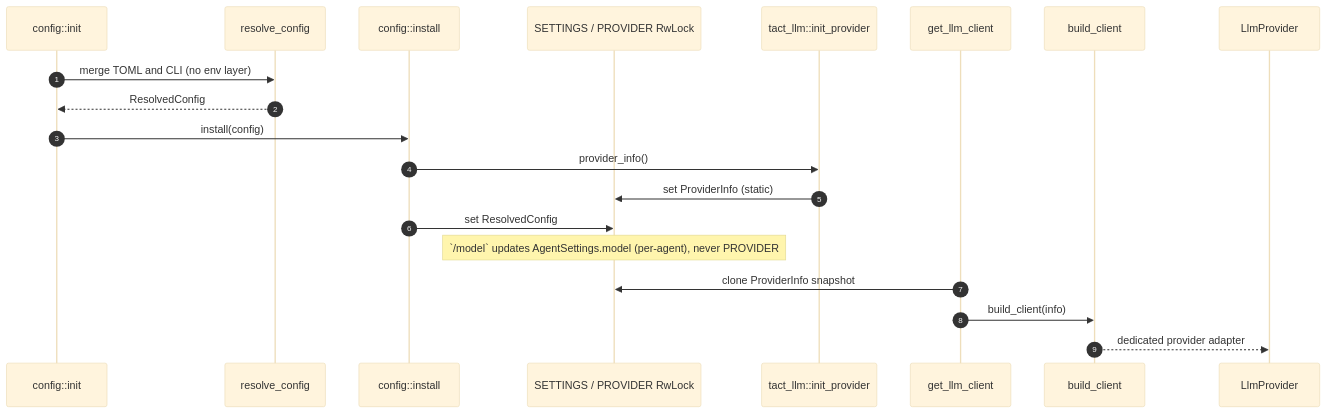
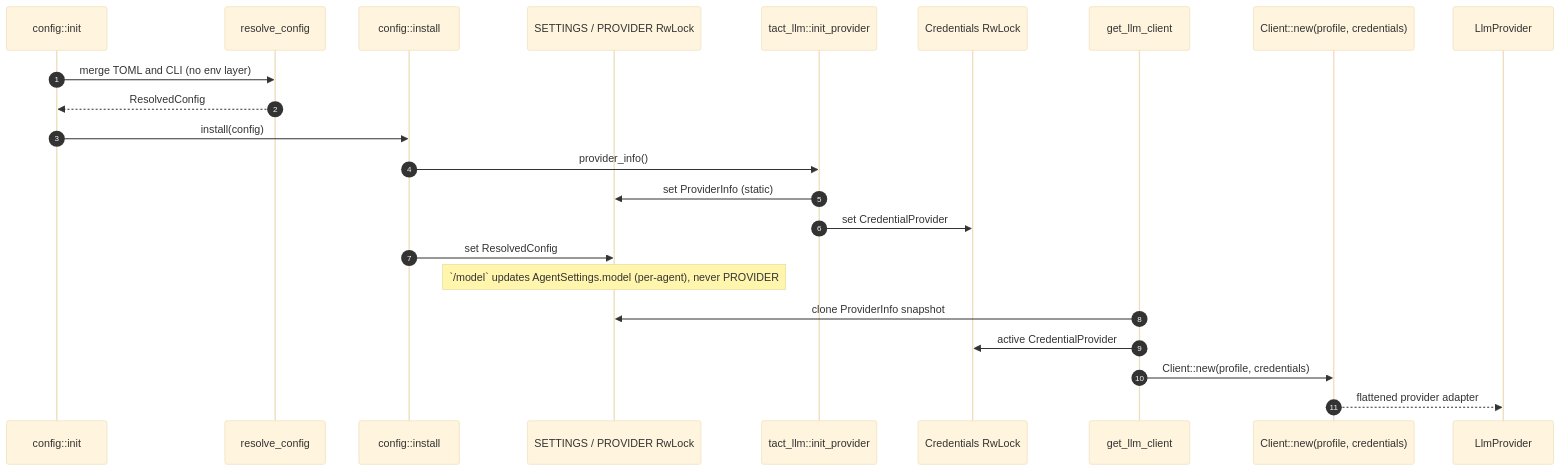
One commit to rust-infra/tact changed the second of 5 diagrams in book/22_chapter_llm.md. Above: the diagram before and after it, drawn with Mermaid (base theme). The commit also changed other lines of this file and 344 other files, not shown here.

````diff
--- a/book/22_chapter_llm.md
+++ b/book/22_chapter_llm.md
@@ -100,23 +131,26 @@
 ```mermaid
 sequenceDiagram
     autonumber
     participant Init as config::init
     participant Resolve as resolve_config
     participant Install as config::install
     participant State as SETTINGS / PROVIDER RwLock
     participant LlmInit as tact_llm::init_provider
+    participant Cred as Credentials RwLock
     participant Get as get_llm_client
-    participant Build as build_client
+    participant Build as Client::new(profile, credentials)
     participant Provider as LlmProvider
 
     Init->>Resolve: merge TOML and CLI (no env layer)
     Resolve-->>Init: ResolvedConfig
     Init->>Install: install(config)
     Install->>LlmInit: provider_info()
     LlmInit->>State: set ProviderInfo (static)
+    LlmInit->>Cred: set CredentialProvider
     Install->>State: set ResolvedConfig
     Note over State: `/model` updates AgentSettings.model (per-agent), never PROVIDER
     Get->>State: clone ProviderInfo snapshot
-    Get->>Build: build_client(info)
-    Build-->>Provider: dedicated provider adapter
+    Get->>Cred: active CredentialProvider
+    Get->>Build: Client::new(profile, credentials)
+    Build-->>Provider: flattened provider adapter
 ```
````
